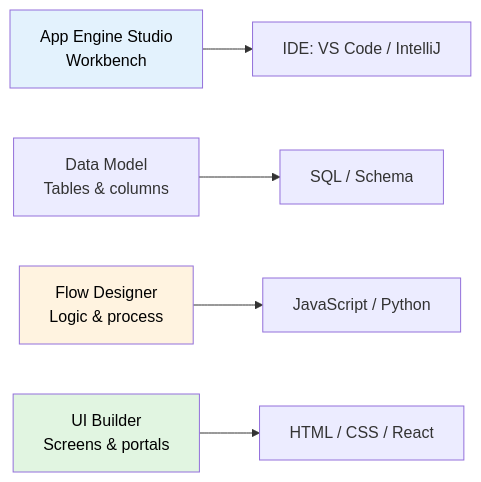
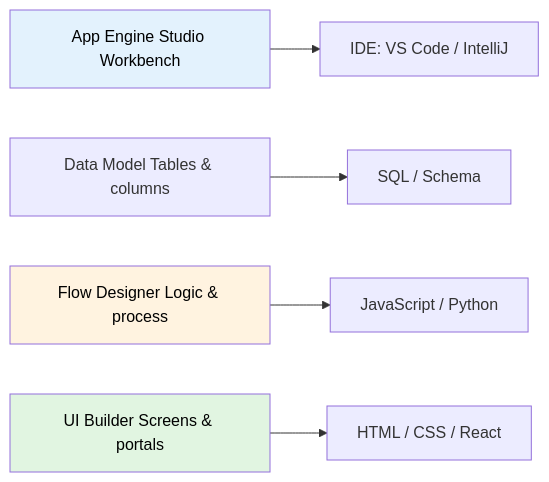
Before and after one commit to eltonaguiar/ServiceNow_Learning_TSOM-_CSM_FSM_SalesCRM_HAM_ITSM: the fifth of 5 diagrams in docs/modules/app-engine/app-engine-guide.md, drawn with Mermaid. The commit also changed other lines of this file and 11 other files, not shown here.

First line of the commit message:
Fix all mermaid diagrams: remove br/ tags that break rendering on GitHub Pages

````diff
--- a/docs/modules/app-engine/app-engine-guide.md
+++ b/docs/modules/app-engine/app-engine-guide.md
@@ -261,11 +261,11 @@
 ```mermaid
 graph LR
-    AES[App Engine Studio<br/>Workbench] --> IDE[IDE: VS Code / IntelliJ]
-    DM[Data Model<br/>Tables & columns] --> SQL[SQL / Schema]
-    FD[Flow Designer<br/>Logic & process] --> JS[JavaScript / Python]
-    UB[UI Builder<br/>Screens & portals] --> HTML[HTML / CSS / React]
+    AES[App Engine Studio Workbench] --> IDE[IDE: VS Code / IntelliJ]
+    DM[Data Model Tables & columns] --> SQL[SQL / Schema]
+    FD[Flow Designer Logic & process] --> JS[JavaScript / Python]
+    UB[UI Builder Screens & portals] --> HTML[HTML / CSS / React]
 
     style AES fill:#e3f2fd,color:#000
     style FD fill:#fff3e0,color:#000
     style UB fill:#e1f5e1,color:#000
 ```
````
